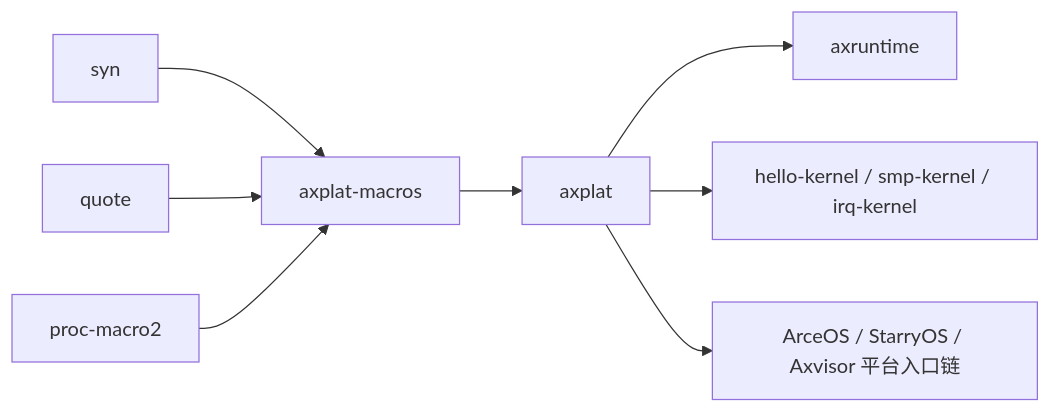
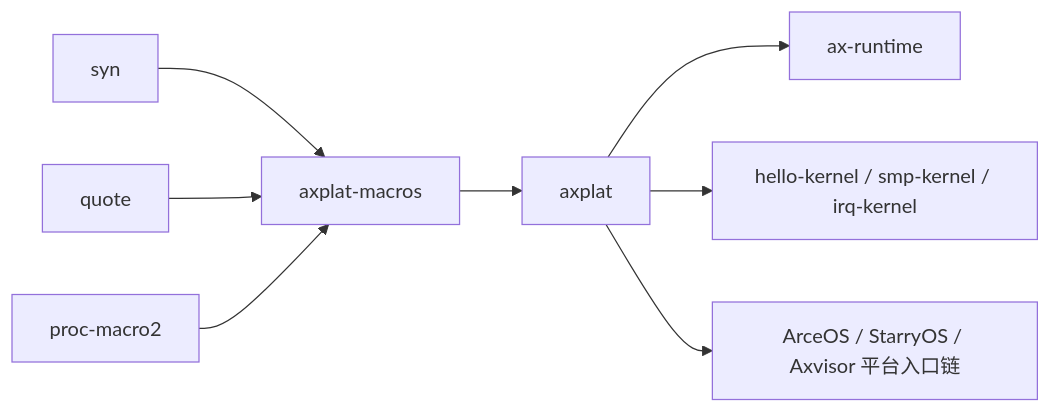
Before and after one commit to XTH852456/tgoskits: the first of 2 diagrams in docs/crates/axplat-macros.md, drawn with Mermaid. The commit also changed other lines of this file and 69 other files, not shown here.

Commit message:
rename axruntime to ax-runtime

````diff
--- a/docs/crates/axplat-macros.md
+++ b/docs/crates/axplat-macros.md
@@ -82,11 +82,11 @@
 ```mermaid
 graph LR
     syn["syn"] --> current["axplat-macros"]
     quote["quote"] --> current
     proc_macro2["proc-macro2"] --> current
 
     current --> axplat["axplat"]
-    axplat --> axruntime["axruntime"]
+    axplat --> ax-runtime["ax-runtime"]
     axplat --> hello["hello-kernel / smp-kernel / irq-kernel"]
     axplat --> oses["ArceOS / StarryOS / Axvisor 平台入口链"]
 ```
````
